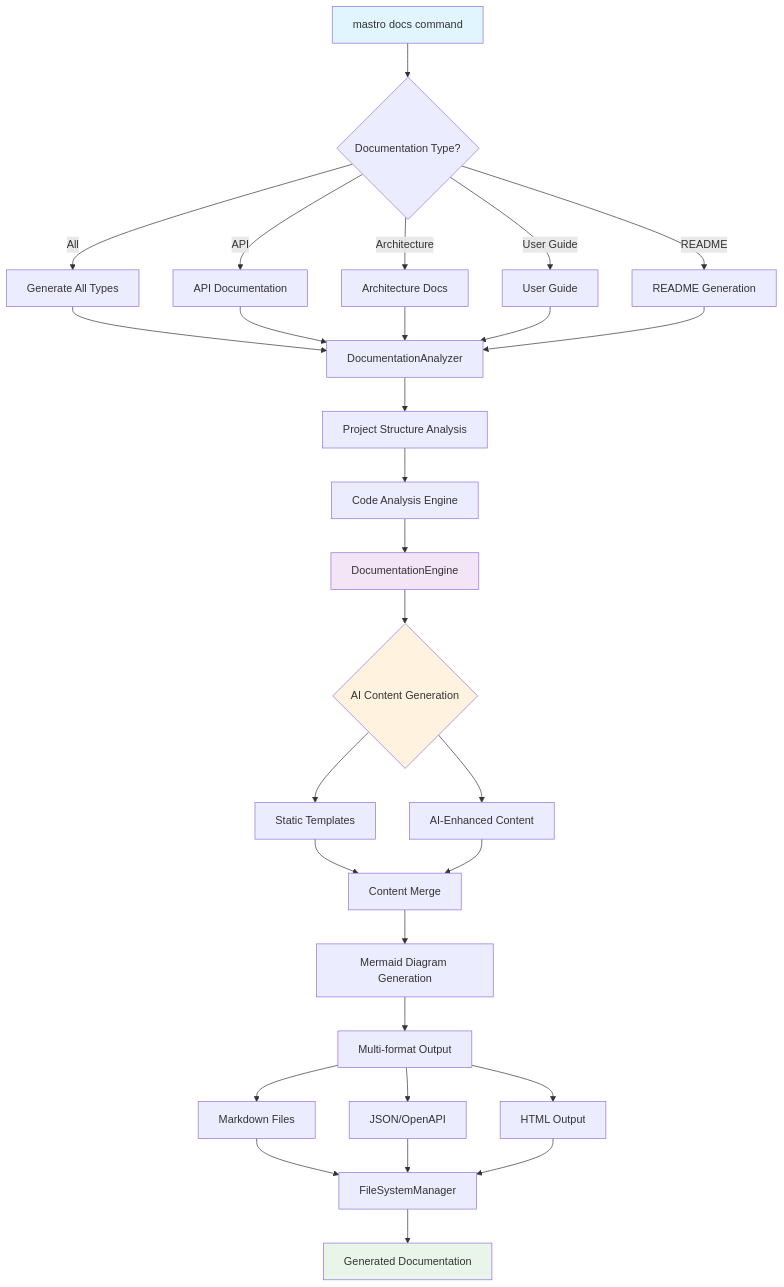
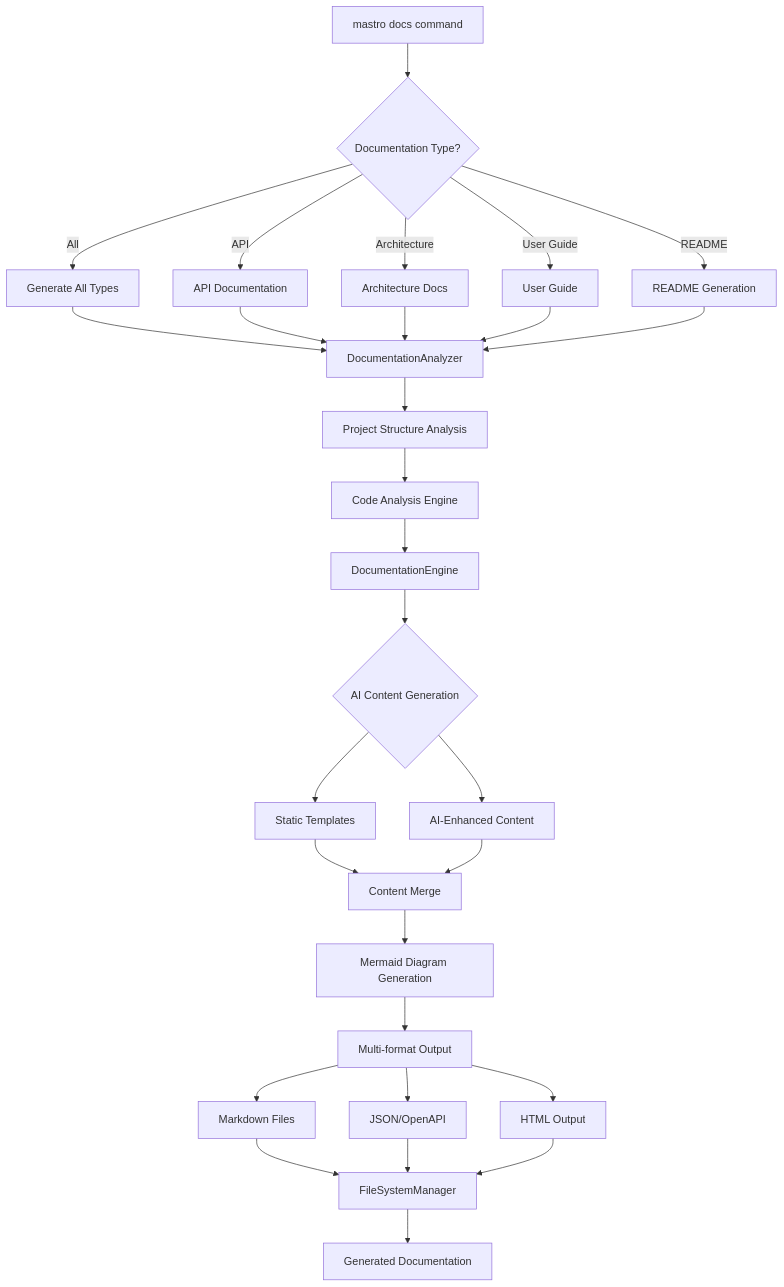
The first of 8 diagrams in docs/diagrams/mastro-docs-workflow.md (geogoesbeepboop/mastro), drawn with Mermaid before and after one commit. The commit also changed other lines of this file, not shown here.

First line of the commit message:
docs: update workflow diagram for clarity and accuracy

````diff
--- a/docs/diagrams/mastro-docs-workflow.md
+++ b/docs/diagrams/mastro-docs-workflow.md
@@ -9,45 +9,47 @@
 ```mermaid
+
 flowchart TD
     A[mastro docs command] --> B{Documentation Type?}
     
     B -->|All| C[Generate All Types]
     B -->|API| D[API Documentation]
     B -->|Architecture| E[Architecture Docs]
     B -->|User Guide| F[User Guide]
     B -->|README| G[README Generation]
     
     C --> H[DocumentationAnalyzer]
     D --> H
     E --> H
     F --> H
     G --> H
     
     H --> I[Project Structure Analysis]
     I --> J[Code Analysis Engine]
     J --> K[DocumentationEngine]
     
     K --> L{AI Content Generation}
     L --> M[Static Templates]
     L --> N[AI-Enhanced Content]
     
     M --> O[Content Merge]
     N --> O
     
     O --> P[Mermaid Diagram Generation]
     P --> Q[Multi-format Output]
     
     Q --> R[Markdown Files]
     Q --> S[JSON/OpenAPI]
     Q --> T[HTML Output]
     
     R --> U[FileSystemManager]
     S --> U
     T --> U
     
     U --> V[Generated Documentation]
     
-    style A fill:#e1f5fe
-    style K fill:#f3e5f5
-    style L fill:#fff3e0
-    style V fill:#e8f5e8
+    style A fill:#e1f5fe color:#000000
+    style K fill:#f3e5f5 color:#000000
+    style L fill:#fff3e0 color:#000000
+    style V fill:#e8f5e8 color:#000000
+
 ```
````
